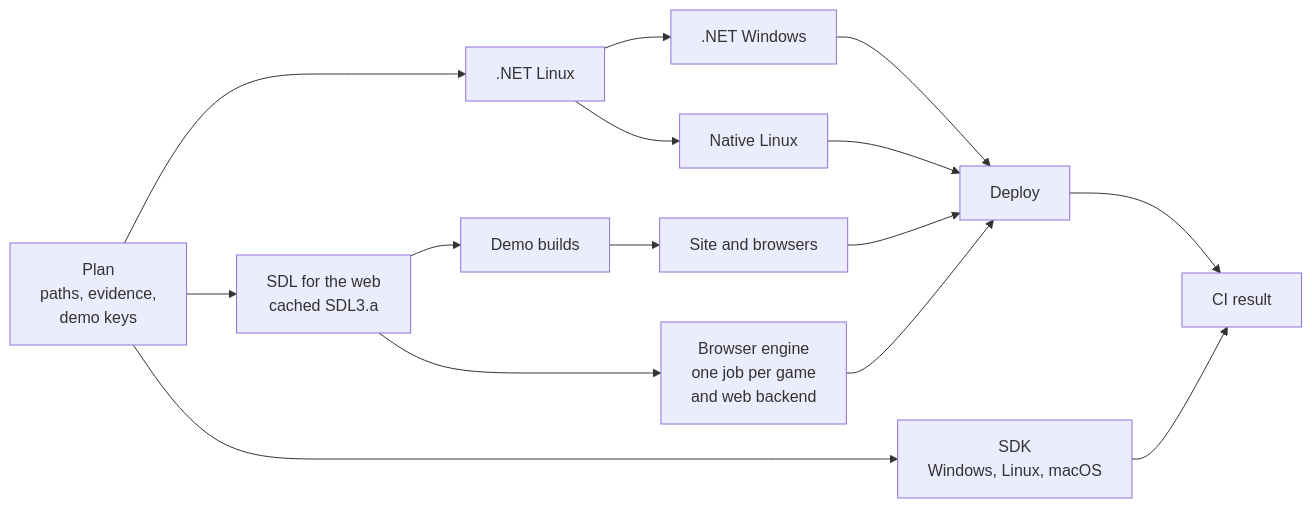
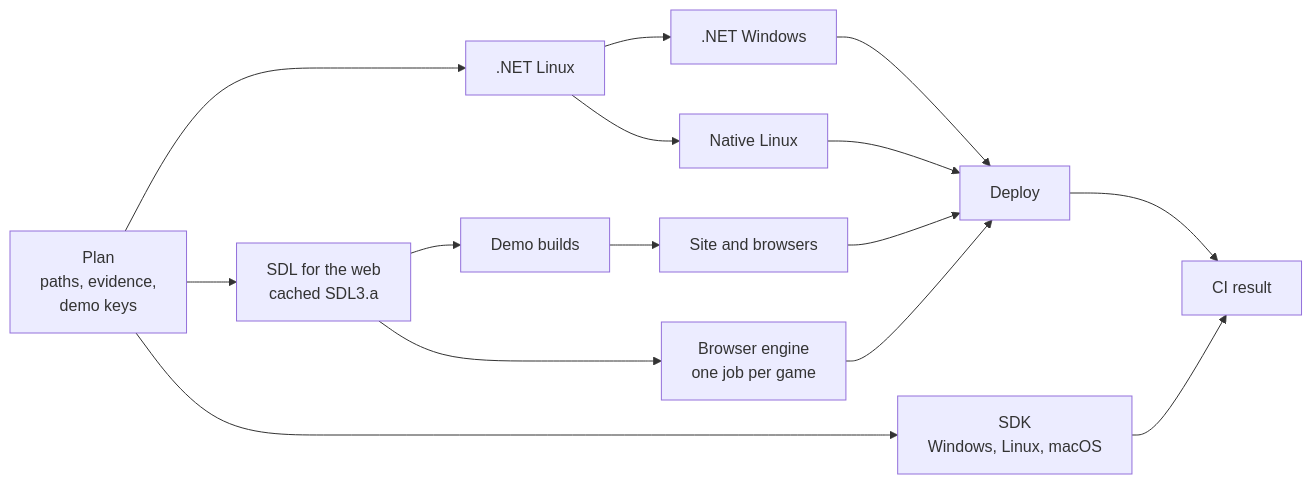
The first of 2 diagrams in docs/ci.md (NastMz/MicroEngine), drawn with Mermaid before and after one commit. The commit also changed other lines of this file and 45 other files, not shown here.

Commit message:
feat(web)!: SDL 3 is the browser platform; retire raylib web

````diff
--- a/docs/ci.md
+++ b/docs/ci.md
@@ -30,19 +30,19 @@
 ```mermaid
 flowchart LR
   accTitle: Daily CI
   accDescr: Plan decides the checks, the checks run, the site deploys if needed, and CI result gates everything.
   plan[Plan<br/>paths, evidence,<br/>demo keys] --> linux[.NET Linux]
   linux --> windows[.NET Windows]
   linux --> native[Native Linux]
   plan --> sdlweb[SDL for the web<br/>cached SDL3.a]
   sdlweb --> build[Demo builds]
-  sdlweb --> engine[Browser engine<br/>one job per game<br/>and web backend]
+  sdlweb --> engine[Browser engine<br/>one job per game]
   plan --> sdk[SDK<br/>Windows, Linux, macOS]
   build --> site[Site and browsers]
   windows --> deploy[Deploy]
   native --> deploy
   site --> deploy
   engine --> deploy
   deploy --> result[CI result]
   sdk --> result
 ```
````
